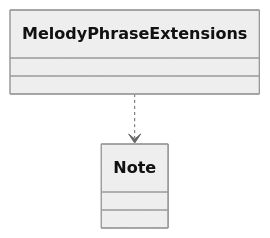
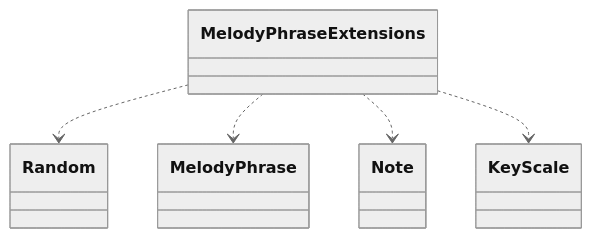
One commit to schnock-art/project_inspector changed diagram 23 of 39 in test/test.md. Above: the diagram before and after it, drawn with Mermaid (neutral theme). The commit also changed other lines of this file and 3 other files, not shown here.

````diff
--- a/test/test.md
+++ b/test/test.md
@@ -456,4 +468,7 @@
 ```mermaid
 classDiagram
+MelodyPhraseExtensions ..> Random
+MelodyPhraseExtensions ..> MelodyPhrase
 MelodyPhraseExtensions ..> Note
+MelodyPhraseExtensions ..> KeyScale
 ```
````
